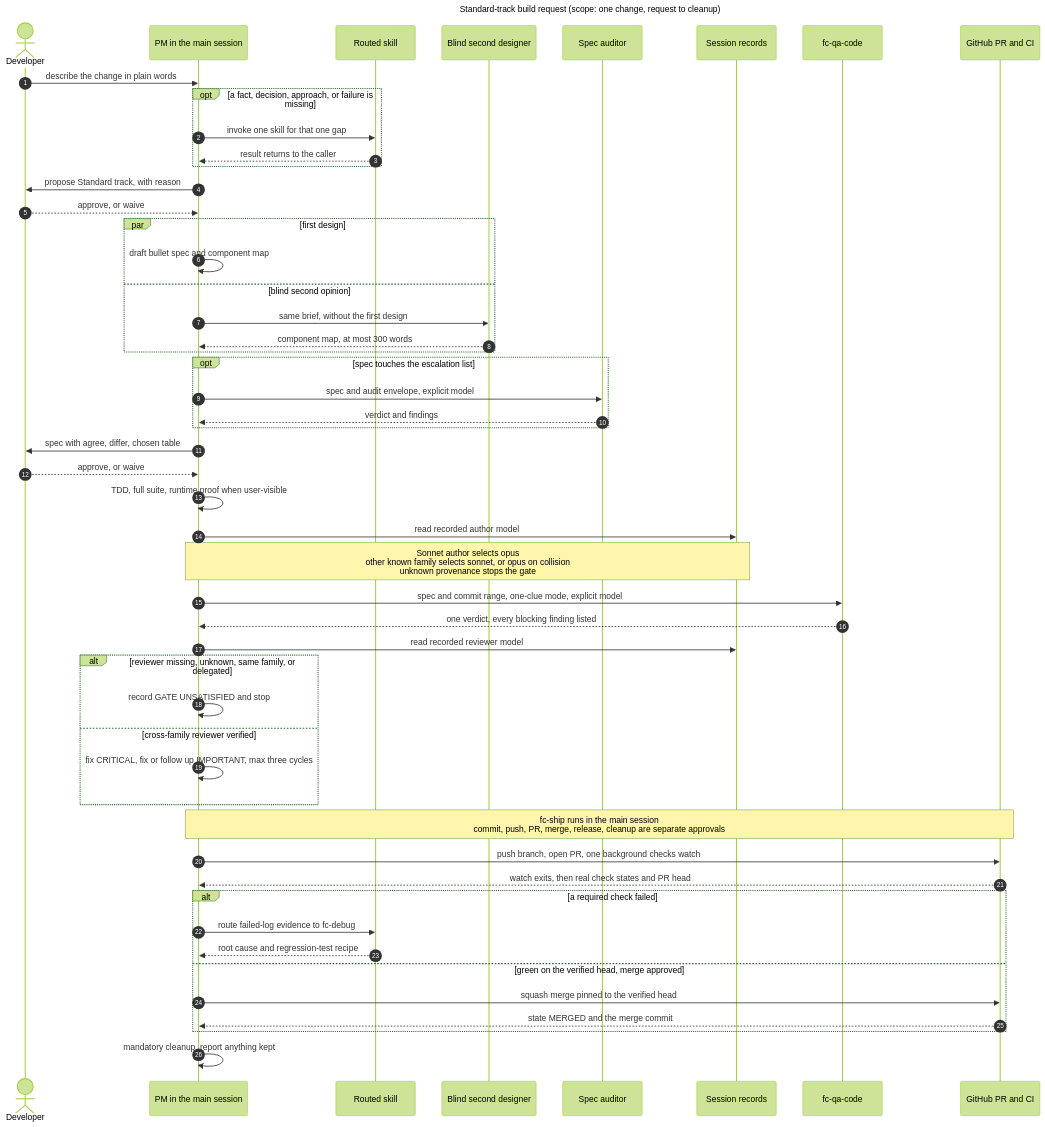
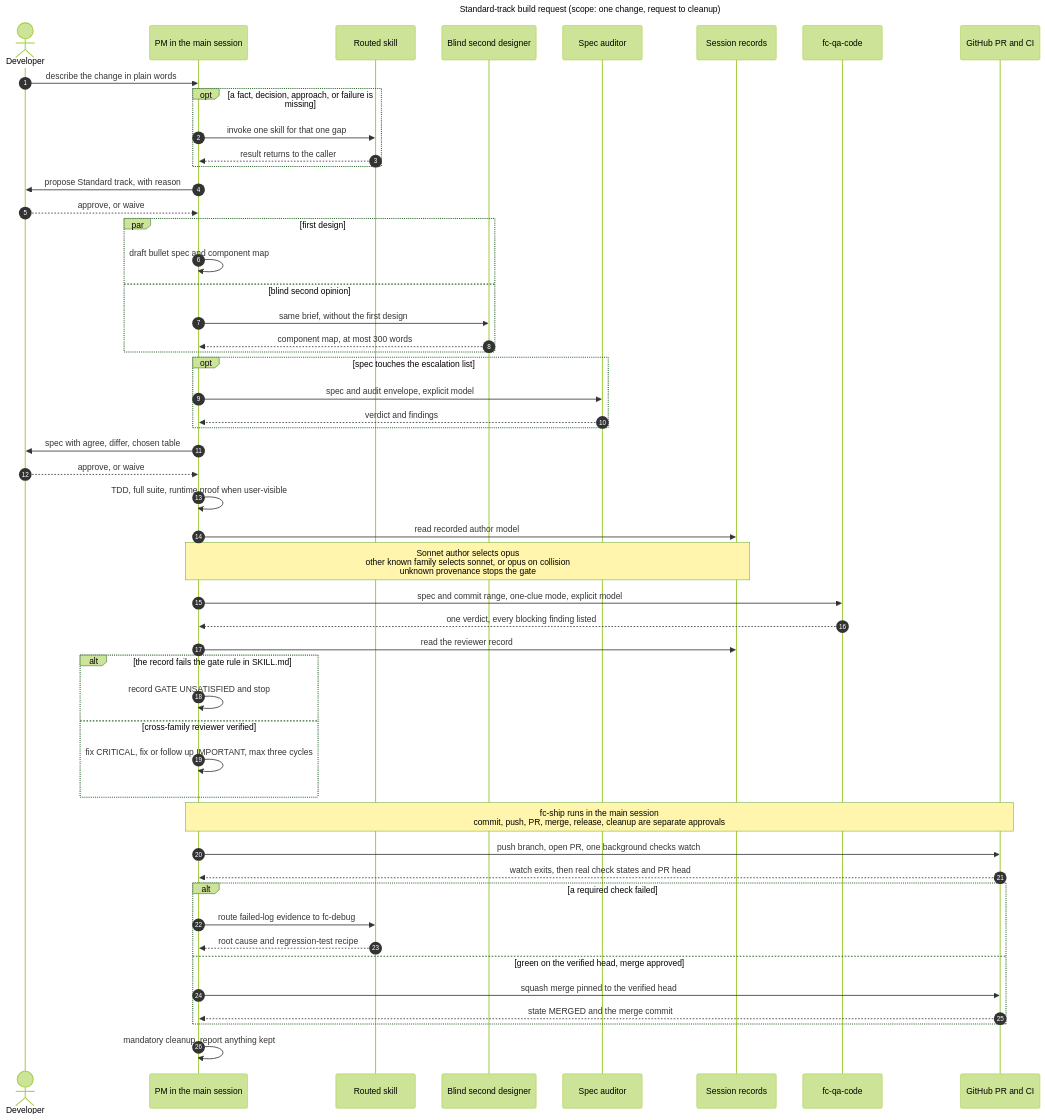
Before and after one commit to D0n9X1n/feature-crew: the second of 2 diagrams in wiki/Architecture.md, drawn with Mermaid (forest theme). The commit also changed other lines of this file, not shown here.

Commit message:
docs: link the wiki to the canonical gate rule instead of restating it
The Architecture page restated the new delegated-reviewer predicate, which
spec 5(a) keeps in one place. The gate walkthrough and the build-request
diagram now point to the canonical rule in fc-build-or-fix instead.

````diff
--- a/wiki/Architecture.md
+++ b/wiki/Architecture.md
@@ -71,56 +71,56 @@
 ```mermaid
 ---
 title: "Standard-track build request (scope: one change, request to cleanup)"
 ---
 sequenceDiagram
     autonumber
     actor Dev as Developer
     participant PM as PM in the main session
     participant Sub as Routed skill
     participant SD as Blind second designer
     participant Aud as Spec auditor
     participant Rec as Session records
     participant QA as fc-qa-code
     participant GH as GitHub PR and CI
     Dev->>PM: describe the change in plain words
     opt a fact, decision, approach, or failure is missing
         PM->>Sub: invoke one skill for that one gap
         Sub-->>PM: result returns to the caller
     end
     PM->>Dev: propose Standard track, with reason
     Dev-->>PM: approve, or waive
     par first design
         PM->>PM: draft bullet spec and component map
     and blind second opinion
         PM->>SD: same brief, without the first design
         SD-->>PM: component map, at most 300 words
     end
     opt spec touches the escalation list
         PM->>Aud: spec and audit envelope, explicit model
         Aud-->>PM: verdict and findings
     end
     PM->>Dev: spec with agree, differ, chosen table
     Dev-->>PM: approve, or waive
     PM->>PM: TDD, full suite, runtime proof when user-visible
     PM->>Rec: read recorded author model
     Note over PM,Rec: Sonnet author selects opus<br/>other known family selects sonnet, or opus on collision<br/>unknown provenance stops the gate
     PM->>QA: spec and commit range, one-clue mode, explicit model
     QA-->>PM: one verdict, every blocking finding listed
-    PM->>Rec: read recorded reviewer model
-    alt reviewer missing, unknown, same family, or delegated
+    PM->>Rec: read the reviewer record
+    alt the record fails the gate rule in SKILL.md
         PM->>PM: record GATE UNSATISFIED and stop
     else cross-family reviewer verified
         PM->>PM: fix CRITICAL, fix or follow up IMPORTANT, max three cycles
     end
     Note over PM,GH: fc-ship runs in the main session<br/>commit, push, PR, merge, release, cleanup are separate approvals
     PM->>GH: push branch, open PR, one background checks watch
     GH-->>PM: watch exits, then real check states and PR head
     alt a required check failed
         PM->>Sub: route failed-log evidence to fc-debug
         Sub-->>PM: root cause and regression-test recipe
     else green on the verified head, merge approved
         PM->>GH: squash merge pinned to the verified head
         GH-->>PM: state MERGED and the merge commit
     end
     PM->>PM: mandatory cleanup, report anything kept
 ```
````
